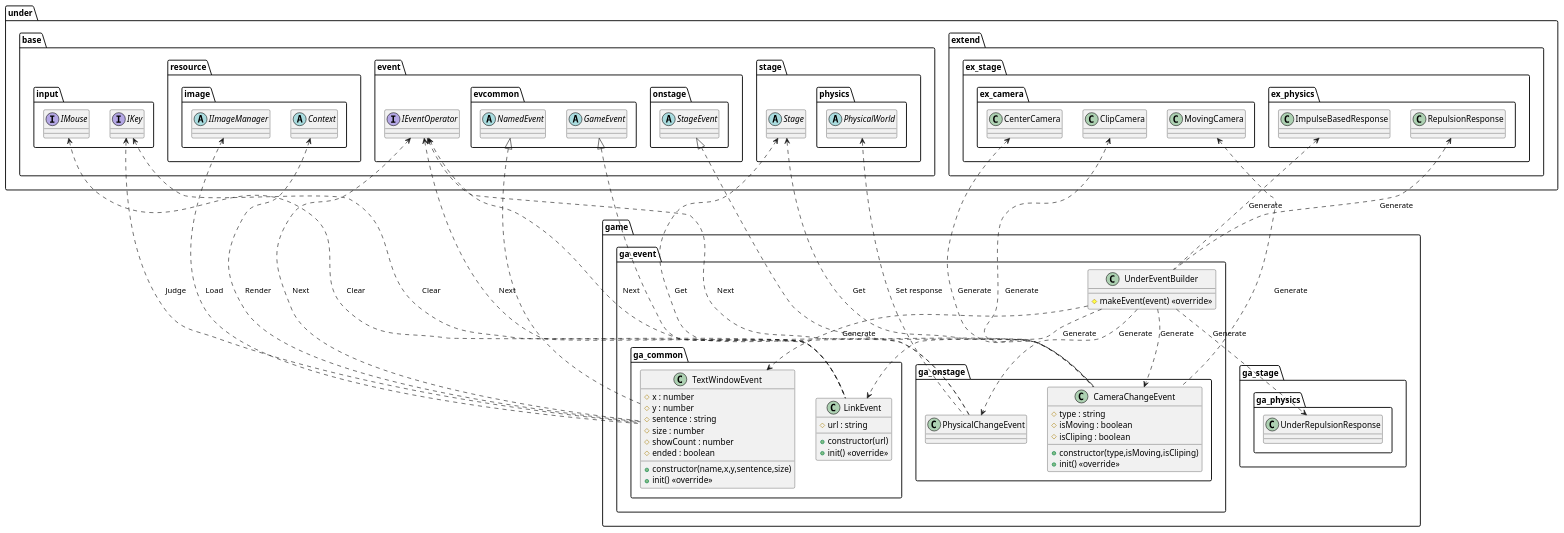
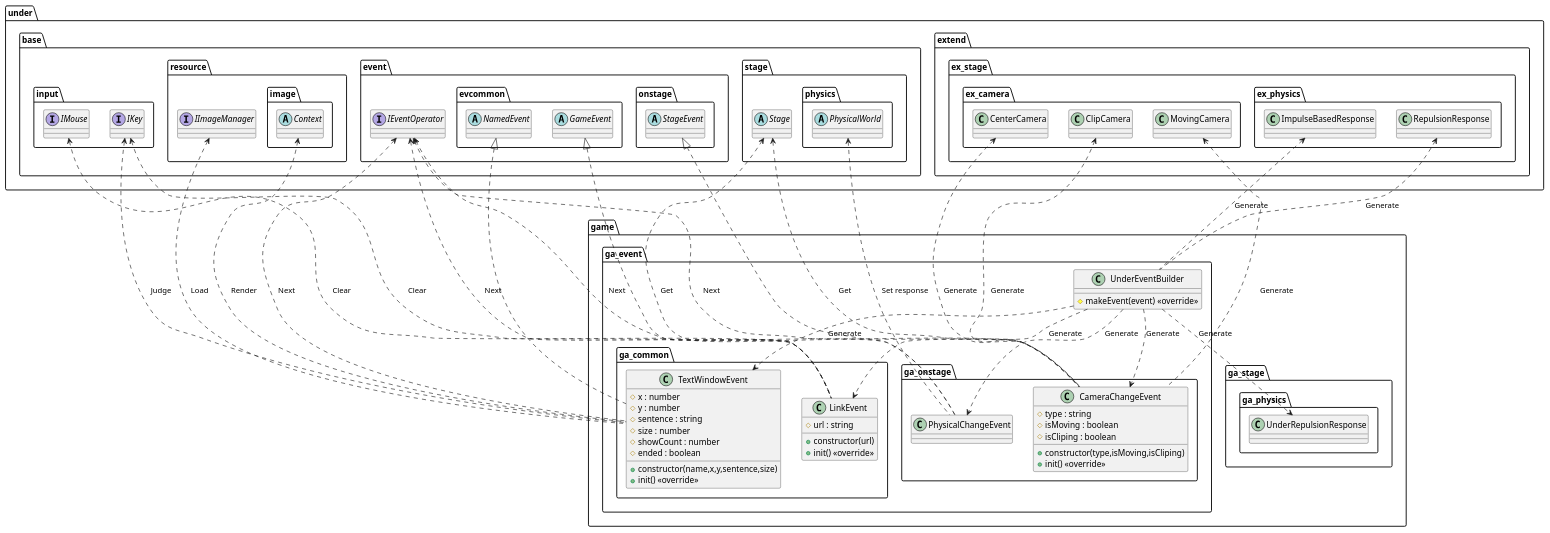
Before and after one commit to Expine/Under: the diagram in uml/event/Game.wsd, drawn with PlantUML. The commit also changed 45 other files, not shown here.

```diff
--- a/uml/event/Game.wsd
+++ b/uml/event/Game.wsd
@@ -1,119 +1,119 @@
 @startuml EventGame
 
 package game {
     package ga_event {
         class UnderEventBuilder {
             #makeEvent(event) <<override>>
         }
         package ga_common {
             class LinkEvent {
                 +constructor(url)
                 #url : string
                 +init() <<override>>
             }
             class TextWindowEvent {
                 +constructor(name,x,y,sentence,size)
                 #x : number
                 #y : number
                 #sentence : string
                 #size : number
                 #showCount : number
                 #ended : boolean
                 +init() <<override>>
             }
         }
         package ga_onstage {
             class CameraChangeEvent {
                 +constructor(type,isMoving,isCliping)
                 #type : string
                 #isMoving : boolean
                 #isCliping : boolean
                 +init() <<override>>
             }
             class PhysicalChangeEvent
         }
     }
 }
 
 package under {
     package base {
         package input {
             interface IKey
             interface IMouse
         }
         package resource {
+            interface IImageManager
             package image {
-                abstract IImageManager
                 abstract Context
             }
         }
         package event {
             interface IEventOperator
             package evcommon {
                 abstract GameEvent
                 abstract NamedEvent
             }
             package onstage {
                 abstract StageEvent
             }
         }
         package stage {
             abstract Stage
             package physics {
                 abstract PhysicalWorld
             }
         }
     }
     package extend {
         package ex_stage {
             package ex_camera {
                 class CenterCamera
                 class ClipCamera
                 class MovingCamera
             }
             package ex_physics {
                 class RepulsionResponse
                 class ImpulseBasedResponse
             }
         }
     }
 }
 
 package game {
     package ga_stage {
         package ga_physics {
             class UnderRepulsionResponse
         }
     }
 }
 
 UnderEventBuilder ..> LinkEvent : Generate
 UnderEventBuilder ..> TextWindowEvent : Generate
 UnderEventBuilder ..> PhysicalChangeEvent : Generate
 UnderEventBuilder ..> CameraChangeEvent : Generate
 UnderEventBuilder ..> UnderRepulsionResponse  : Generate
 RepulsionResponse <.. UnderEventBuilder : Generate
 ImpulseBasedResponse <.. UnderEventBuilder : Generate
 
 IKey <.. LinkEvent : Clear
 IMouse <.. LinkEvent : Clear
 IEventOperator <.. LinkEvent : Next
 IKey <.. TextWindowEvent : Judge
 IEventOperator <.. TextWindowEvent : Next
 IImageManager <.. TextWindowEvent : Load
 Context <.. TextWindowEvent : Render
 Stage <.. CameraChangeEvent : Get
 CenterCamera <.. CameraChangeEvent : Generate
 ClipCamera <.. CameraChangeEvent : Generate
 MovingCamera <.. CameraChangeEvent : Generate
 IEventOperator <.. CameraChangeEvent : Next
 Stage <.. PhysicalChangeEvent : Get
 PhysicalWorld <.. PhysicalChangeEvent : Set response
 IEventOperator <.. PhysicalChangeEvent : Next
 
 
 GameEvent <|.. LinkEvent
 NamedEvent <|.. TextWindowEvent
 StageEvent <|.. CameraChangeEvent
 
 @enduml
```
